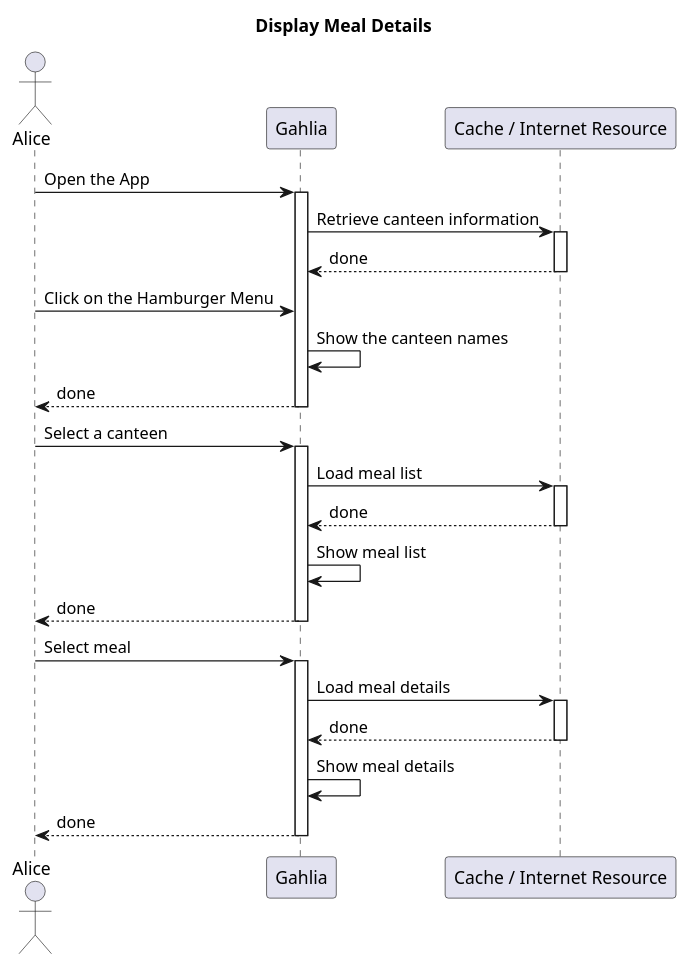
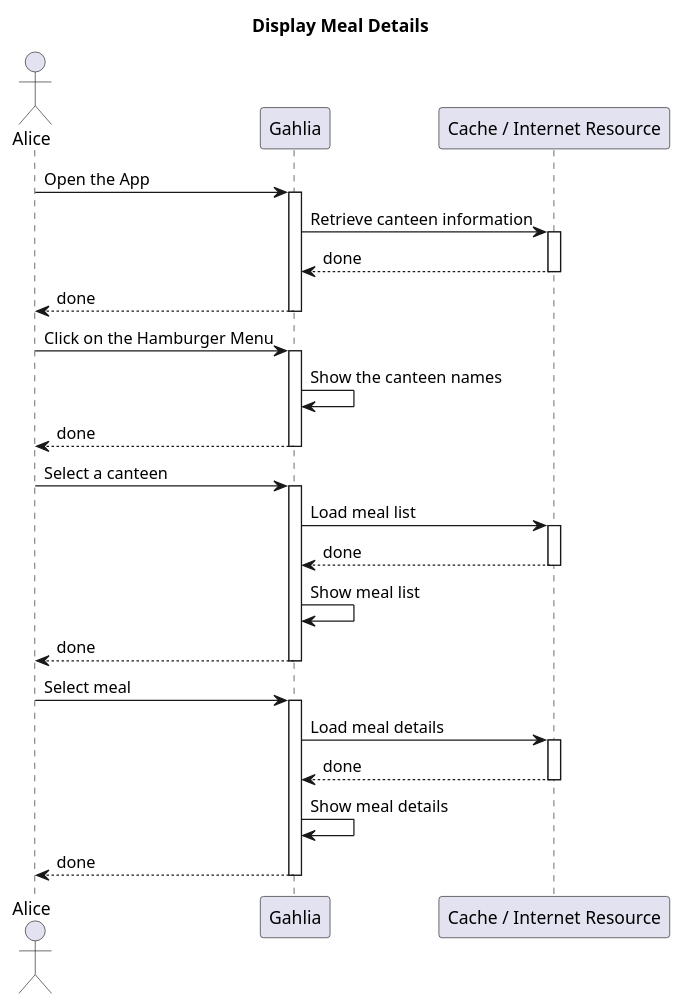
Before and after one commit to GahliaDHBW/Gahlia: the diagram in doc/diagrams/source/sequence-displaymealdetails.plantuml, drawn with PlantUML. The commit also changed 3 other files, not shown here.

Commit message:
fix lifetimes in sequence diagrams

```diff
--- a/doc/diagrams/source/sequence-displaymealdetails.plantuml
+++ b/doc/diagrams/source/sequence-displaymealdetails.plantuml
@@ -1,36 +1,39 @@
 @startuml
 Title "Display Meal Details"
 
 actor Alice
 participant Gahlia
 participant Cache as "Cache / Internet Resource"
 
 Alice -> Gahlia: Open the App
 activate Gahlia
 Gahlia -> Cache: Retrieve canteen information
 activate Cache
 Cache --> Gahlia: done
 deactivate Cache
+Gahlia --> Alice: done
+deactivate Gahlia
 Alice -> Gahlia: Click on the Hamburger Menu
+activate Gahlia
 Gahlia -> Gahlia: Show the canteen names
 Gahlia --> Alice: done
 deactivate Gahlia
 Alice -> Gahlia: Select a canteen
 activate Gahlia
 Gahlia -> Cache: Load meal list
 activate Cache
 Cache --> Gahlia: done
 deactivate Cache
 Gahlia -> Gahlia: Show meal list
 Gahlia --> Alice: done
 deactivate Gahlia
 Alice -> Gahlia: Select meal
 activate Gahlia
 Gahlia -> Cache: Load meal details
 activate Cache
 Cache --> Gahlia: done
 deactivate Cache
 Gahlia -> Gahlia: Show meal details
 Gahlia --> Alice: done
 deactivate Gahlia
 @enduml
```
